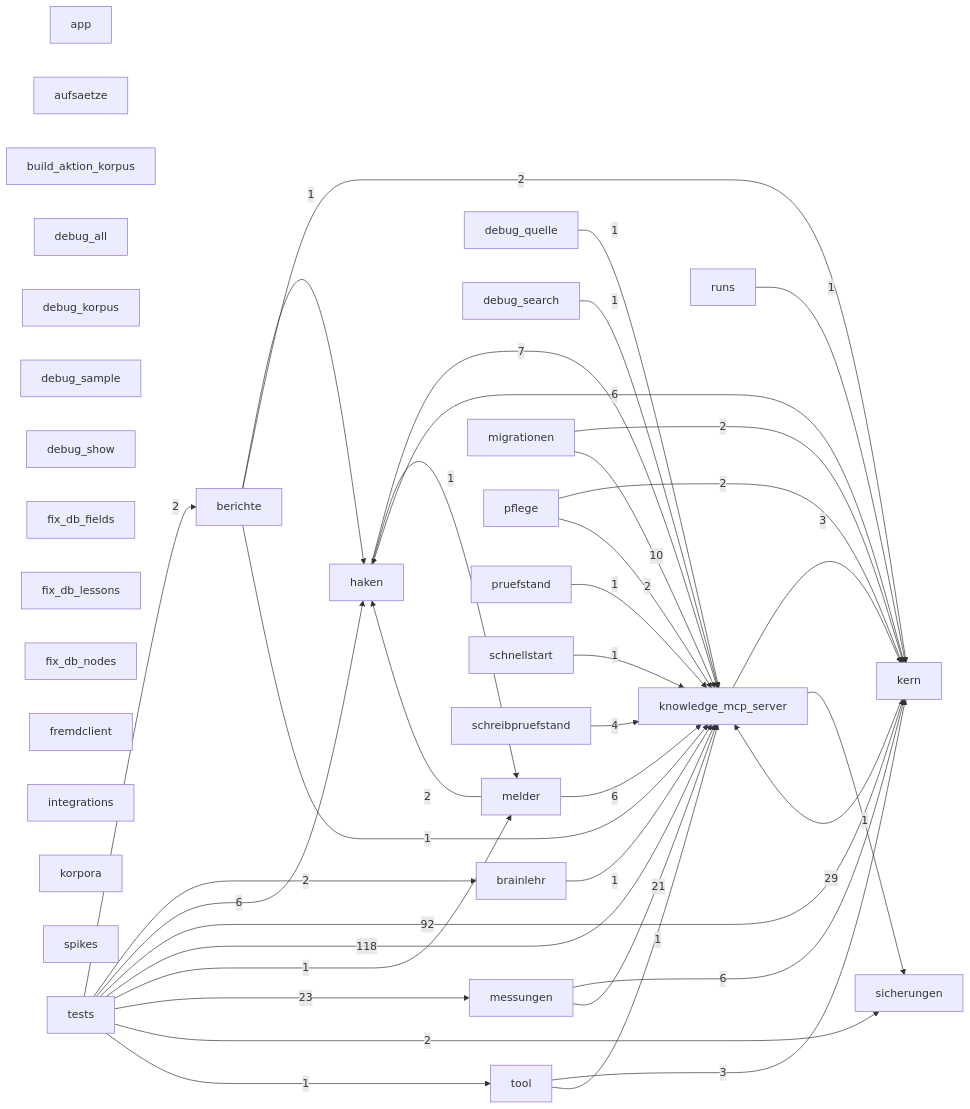
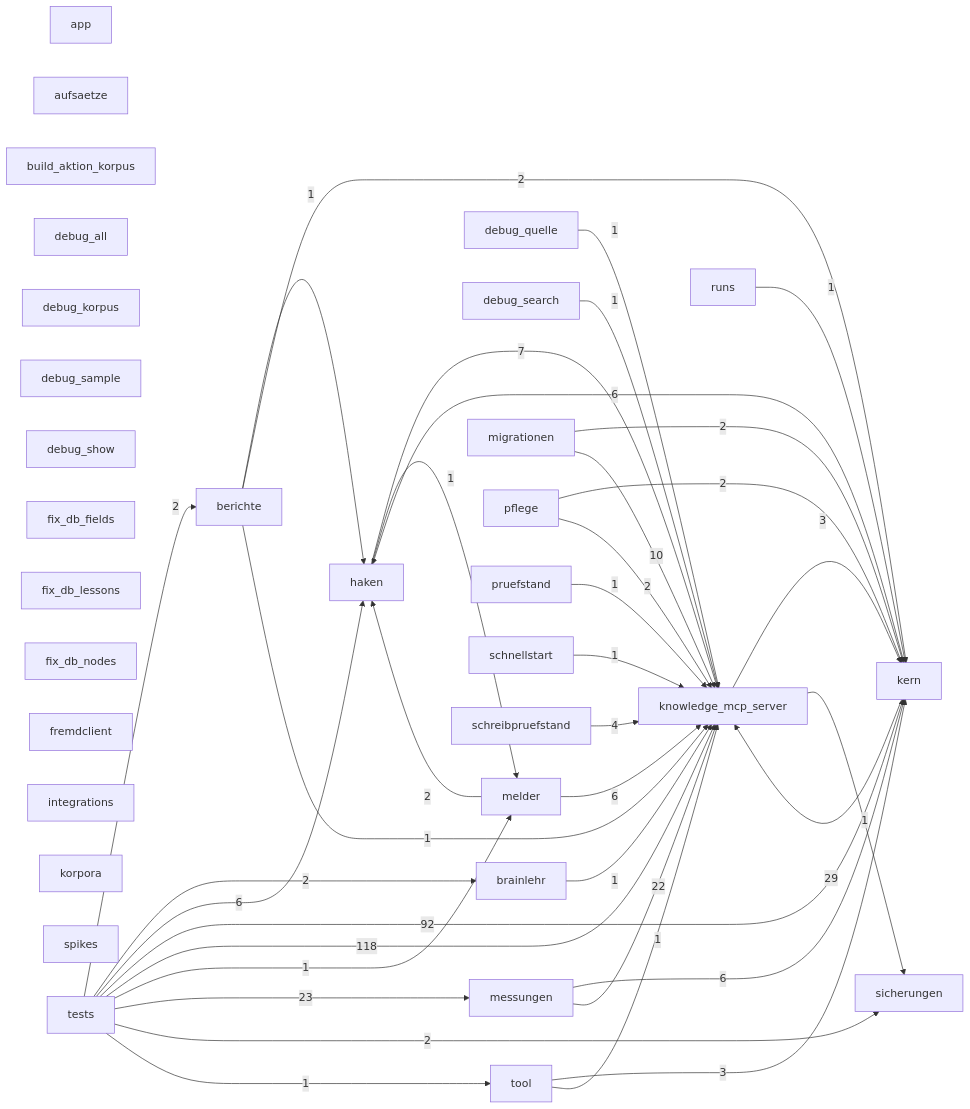
One commit to 3lehr/brainlehr changed the diagram in docs/karten/code-brainlehr.md. Above: the diagram before and after it, drawn with Mermaid. The commit also changed 7 other files, not shown here.

````diff
--- a/docs/karten/code-brainlehr.md
+++ b/docs/karten/code-brainlehr.md
@@ -5,70 +5,70 @@
 ```mermaid
 graph LR
   app["app"]
   aufsaetze["aufsaetze"]
   berichte["berichte"]
   brainlehr["brainlehr"]
   build_aktion_korpus["build_aktion_korpus"]
   debug_all["debug_all"]
   debug_korpus["debug_korpus"]
   debug_quelle["debug_quelle"]
   debug_sample["debug_sample"]
   debug_search["debug_search"]
   debug_show["debug_show"]
   fix_db_fields["fix_db_fields"]
   fix_db_lessons["fix_db_lessons"]
   fix_db_nodes["fix_db_nodes"]
   fremdclient["fremdclient"]
   haken["haken"]
   integrations["integrations"]
   kern["kern"]
   knowledge_mcp_server["knowledge_mcp_server"]
   korpora["korpora"]
   melder["melder"]
   messungen["messungen"]
   migrationen["migrationen"]
   pflege["pflege"]
   pruefstand["pruefstand"]
   runs["runs"]
   schnellstart["schnellstart"]
   schreibpruefstand["schreibpruefstand"]
   sicherungen["sicherungen"]
   spikes["spikes"]
   tests["tests"]
   tool["tool"]
   berichte -->|1| haken
   berichte -->|2| kern
   berichte -->|1| knowledge_mcp_server
   brainlehr -->|1| knowledge_mcp_server
   debug_quelle -->|1| knowledge_mcp_server
   debug_search -->|1| knowledge_mcp_server
   haken -->|7| knowledge_mcp_server
   haken -->|1| melder
   kern -->|6| haken
   kern -->|29| knowledge_mcp_server
   knowledge_mcp_server -->|3| kern
   knowledge_mcp_server -->|1| sicherungen
   melder -->|2| haken
   melder -->|6| knowledge_mcp_server
   messungen -->|6| kern
-  messungen -->|21| knowledge_mcp_server
+  messungen -->|22| knowledge_mcp_server
   migrationen -->|2| kern
   migrationen -->|10| knowledge_mcp_server
   pflege -->|2| kern
   pflege -->|2| knowledge_mcp_server
   pruefstand -->|1| knowledge_mcp_server
   runs -->|1| kern
   schnellstart -->|1| knowledge_mcp_server
   schreibpruefstand -->|4| knowledge_mcp_server
   tests -->|2| berichte
   tests -->|2| brainlehr
   tests -->|6| haken
   tests -->|92| kern
   tests -->|118| knowledge_mcp_server
   tests -->|1| melder
   tests -->|23| messungen
   tests -->|2| sicherungen
   tests -->|1| tool
   tool -->|3| kern
   tool -->|1| knowledge_mcp_server
 ```
````
